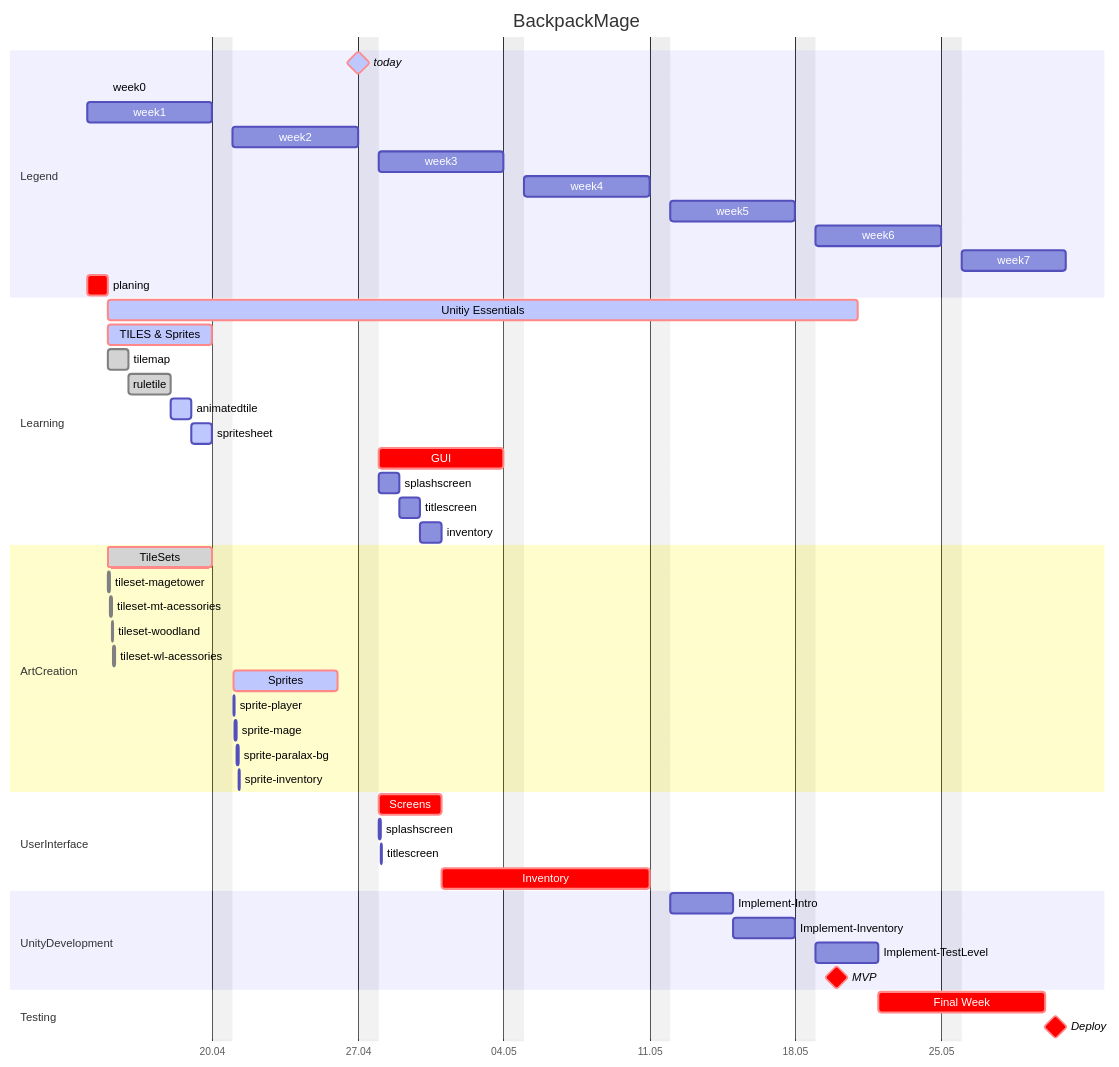
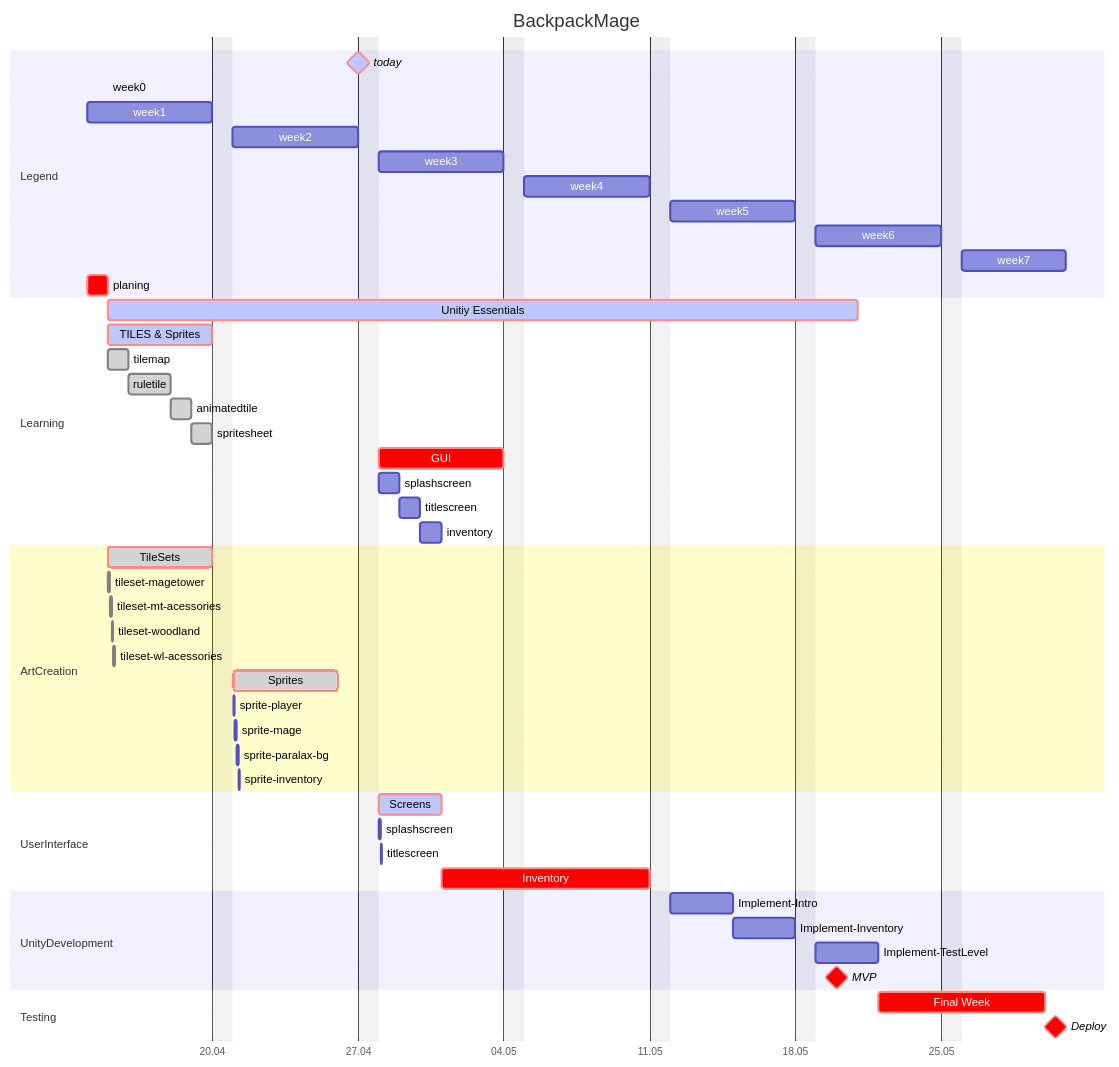
One commit to IxI-Enki/backpackmage changed the diagram in README.md. Above: the diagram before and after it, drawn with Mermaid.

````diff
--- a/README.md
+++ b/README.md
@@ -37,83 +37,83 @@
 ```mermaid
 gantt
     %%   T I T L E
     title BackpackMage
 
     dateFormat DD-MM-YYYY
     excludes sunday
 
     axisFormat %d.%m
 
     section Legend
         today : milestone, crit, active, t0, 26-04-2025, 24h
         week0 : w0, 15-04-2025, 1m
         week1 : w1, 14-04-2025, 6d
         week2 : w2, 21-04-2025, 6d
         week3 : w3, 28-04-2025, 6d
         week4 : w4, 05-05-2025, 6d
         week5 : w5, 12-05-2025, 6d
         week6 : w6, 19-05-2025, 6d
         week7 : w7, 26-05-2025, 5d
 
         planing               :          crit , plan , 14-04-2025 , 1d
     section Learning
         Unitiy Essentials     : active , crit ,  U , after w0 , 31d
 
         TILES & Sprites       : active , crit ,  t , after w0 ,  5d
         tilemap               :   done ,        tm , after w0 ,  1d
 
         ruletile              :   done ,        tr , after tm   ,  2d
-        animatedtile          : active ,        ta , after tr   ,  1d
-        spritesheet           : active ,         s , after ta   ,  1d
+        animatedtile          :   done ,        ta , after tr   ,  1d
+        spritesheet           :   done ,         s , after ta   ,  1d
 
 
         GUI                   :          crit ,  g , after w2 ,  6d
         splashscreen          :                  s , after w2 ,  1d
         titlescreen           :                 ts , after s    ,  1d
 
         inventory             :                   i, after ts   ,  1d
 
 
 
     section ArtCreation
 
         %%   T I L E S E T S
         TileSets              :   done , crit , tis , after w0 , 120h
         tileset-magetower     :   done ,        tsm , after w0 , 2h
         tileset-mt-acessories :   done ,       tsma , after tsm  , 2h
         tileset-woodland      :   done ,        tsw , after tsma , 2h
         tileset-wl-acessories :   done ,       tswa , after tsw  , 2h
 
         %%   S P R I T E S
-        Sprites               : active , crit , spr , after tis   , 120h
+        Sprites               :   done , crit , spr , after tis   , 120h
         sprite-player         :                 spp , after tis   , 2h
         sprite-mage           :                 spm , after spp   , 2h
-        sprite-paralax-bg     :                spgb , after spm   , 2h
-        sprite-inventory      :                spin , after spgb  , 2h
+        sprite-paralax-bg     :  active,       spgb , after spm   , 2h
+        sprite-inventory      :  active,       spin , after spgb  , 2h
 
     section UserInterface
-        Screens               :          crit , scr , after w2    , 3d
+        Screens               :  active, crit , scr , after w2    , 3d
         splashscreen          :                spls , after w2    , 2h
-        titlescreen           :                tits , after spls  , 2h
+        titlescreen           :  active,       tits , after spls  , 2h
 
         Inventory             :          crit , inv , after scr   , 9d
 
     section UnityDevelopment
         Implement-Intro       :               intro , after inv , 3d
 
         Implement-Inventory   :               invent , after intro , 3d
 
         Implement-TestLevel   :               test , after invent , 3d
 
     %%   M I N I M A L   V I A B L E   P R O J E C T
     %%
     MVP                       : milestone , crit , 18-05-2025
 
     section Testing
         Final Week            :          crit , fiw , 22-05-2025 , 7d
 
     %%   D E P L O Y M E N T
     %%
     Deploy                    : milestone , crit , 31-05-2025
 
 ```
````
